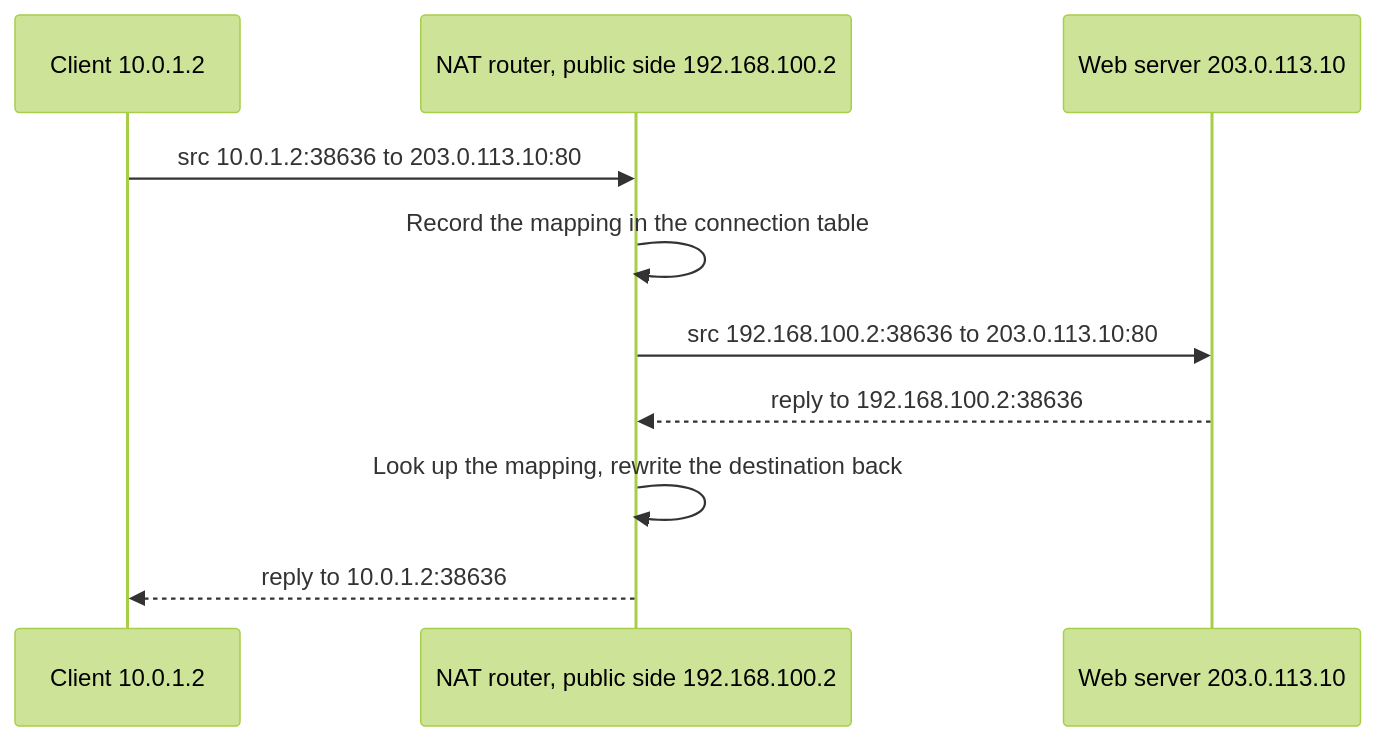
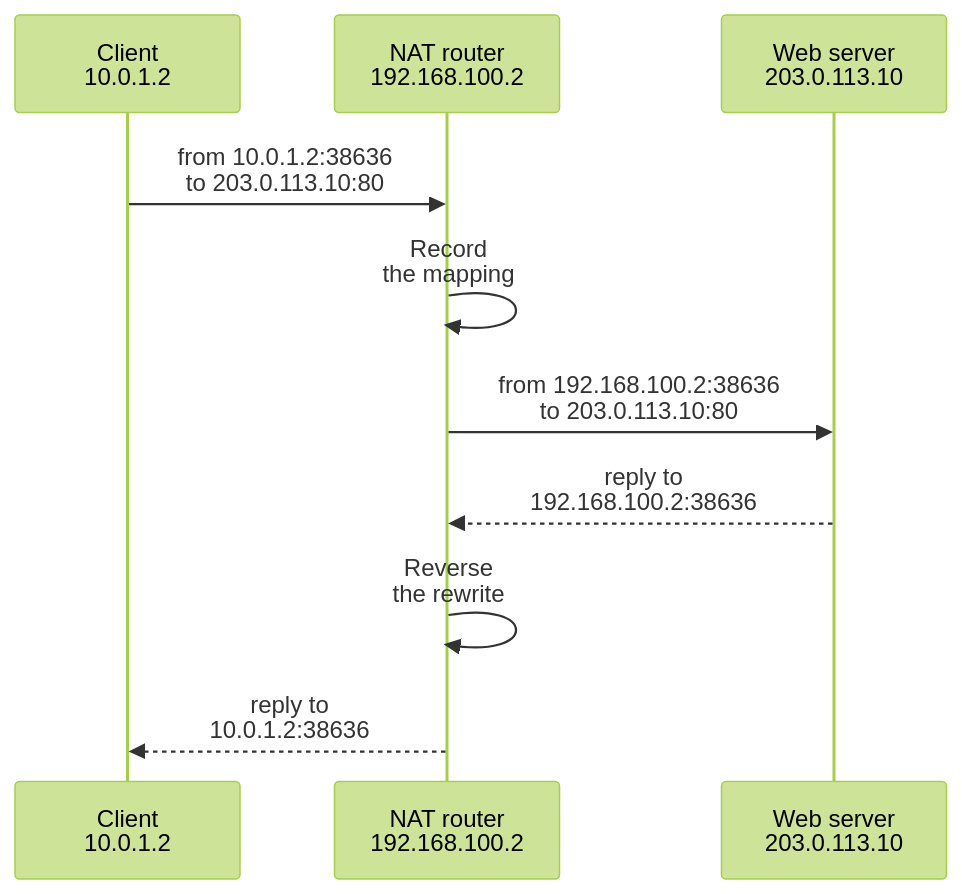
Before and after one commit to alfinwilliam/devops-notes: the second of 2 diagrams in docs/networking/routing-and-nat.md, drawn with Mermaid (forest theme). The commit also changed other lines of this file and 17 other files, not shown here.

First line of the commit message:
diagrams: fix every diagram that was shrunk below readable size

````diff
--- a/docs/networking/routing-and-nat.md
+++ b/docs/networking/routing-and-nat.md
@@ -68,12 +68,12 @@
 ```mermaid
 sequenceDiagram
-    participant C as Client 10.0.1.2
-    participant R as NAT router, public side 192.168.100.2
-    participant S as Web server 203.0.113.10
-    C->>R: src 10.0.1.2:38636 to 203.0.113.10:80
-    R->>R: Record the mapping in the connection table
-    R->>S: src 192.168.100.2:38636 to 203.0.113.10:80
-    S-->>R: reply to 192.168.100.2:38636
-    R->>R: Look up the mapping, rewrite the destination back
-    R-->>C: reply to 10.0.1.2:38636
+    participant C as Client<br/>10.0.1.2
+    participant R as NAT router<br/>192.168.100.2
+    participant S as Web server<br/>203.0.113.10
+    C->>R: from 10.0.1.2:38636<br/>to 203.0.113.10:80
+    R->>R: Record<br/>the mapping
+    R->>S: from 192.168.100.2:38636<br/>to 203.0.113.10:80
+    S-->>R: reply to<br/>192.168.100.2:38636
+    R->>R: Reverse<br/>the rewrite
+    R-->>C: reply to<br/>10.0.1.2:38636
 ```
````
